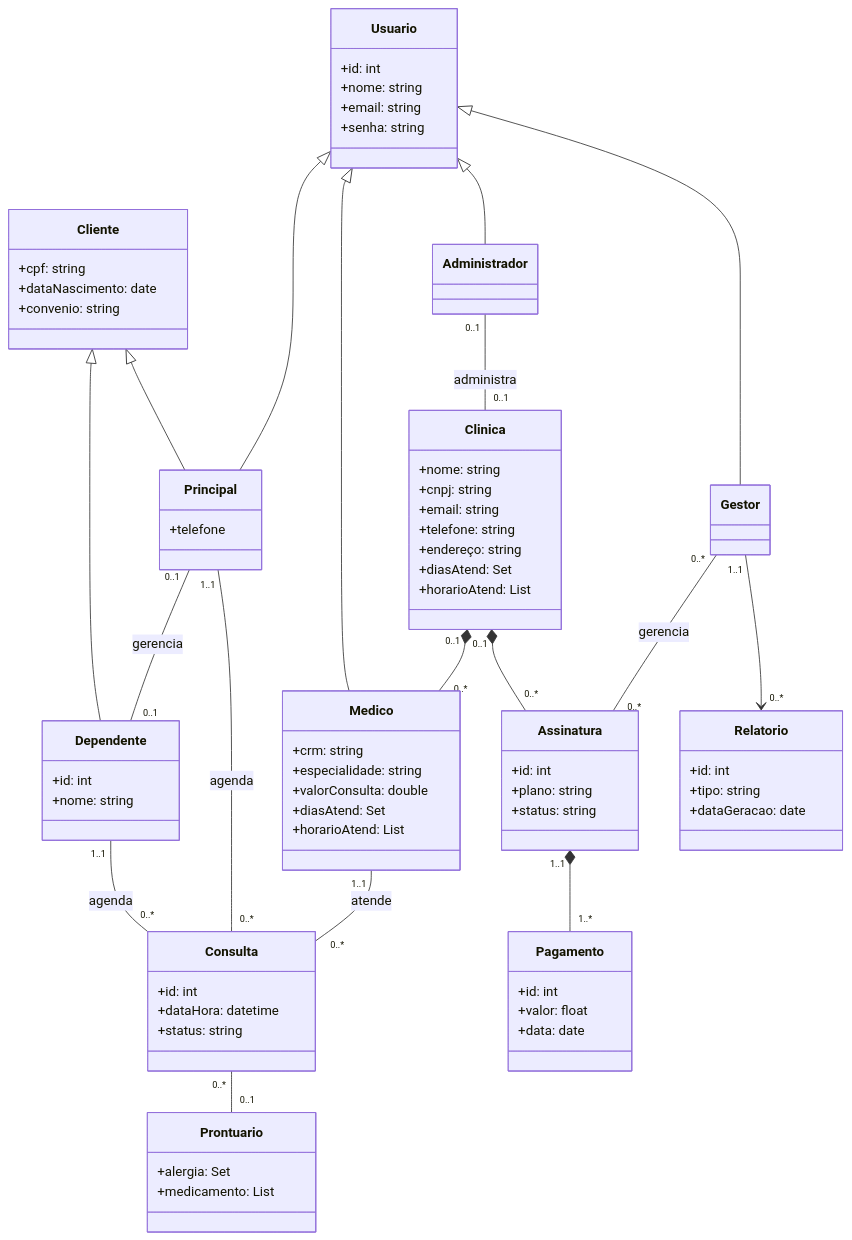
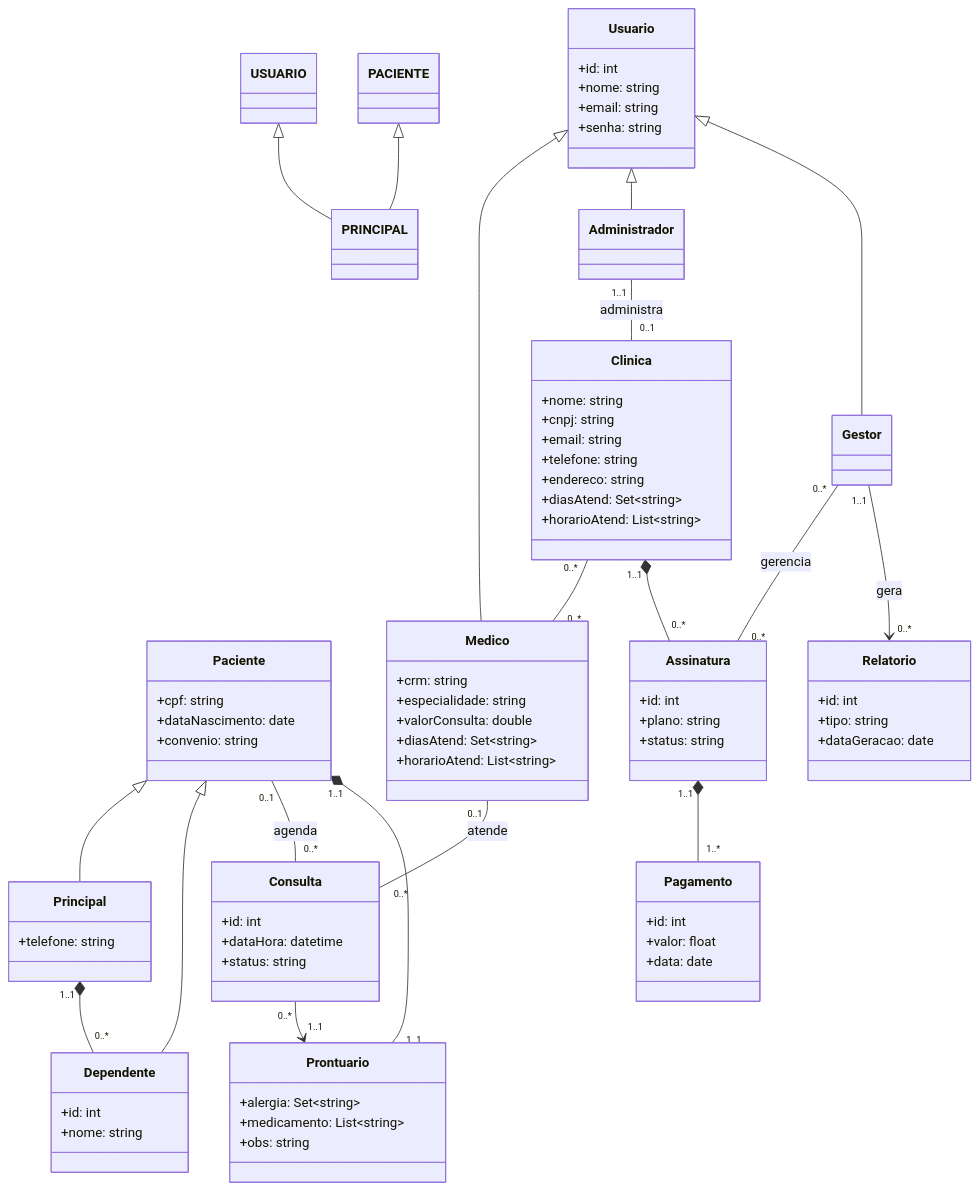
The diagram in docs/diagrama de classe.md (InsaneCaio/eng-soft-2026-1), drawn with Mermaid before and after one commit. The commit also changed other lines of this file, not shown here.

Commit message:
Update class diagram and fix formatting issues

````diff
--- a/docs/diagrama de classe.md
+++ b/docs/diagrama de classe.md
@@ -3,24 +2,19 @@
 ```mermaid
 classDiagram
 
-class Cliente {
-    +cpf: string
-    +dataNascimento: date
-    +convenio: string
-}
+class USUARIO
+class PACIENTE
+class PRINCIPAL
 
-class Dependente {
-    +id: int
-    +nome: string
-}
-
-Cliente <|-- Dependente
-Cliente <|-- Principal
+USUARIO <|-- PRINCIPAL
+PACIENTE <|-- PRINCIPAL
 
 
-%% =======================
-%% USUÁRIOS (HERANÇA)
-%% =======================
+
+
+%% ==================================================
+%% PESSOAS
+%% ==================================================
 
 class Usuario {
     +id: int
@@ -29,60 +23,56 @@
     +senha: string
 }
 
+class Paciente {
+    +cpf: string
+    +dataNascimento: date
+    +convenio: string
+}
+
+
+%% ==================================================
+%% USUÁRIOS
+%% ==================================================
+
 class Principal {
-    +telefone
+    +telefone: string
 }
 
 class Medico {
     +crm: string
     +especialidade: string
     +valorConsulta: double
-    +diasAtend: Set<string>
-    +horarioAtend: List<string>
+    +diasAtend: Set~string~
+    +horarioAtend: List~string~
 }
 
-class Administrador {
-}
+class Administrador
 
-class Gestor {
-}
+class Gestor
 
-Usuario <|-- Principal
 Usuario <|-- Medico
 Usuario <|-- Administrador
 Usuario <|-- Gestor
 
-%% =======================
-%% CLIENTE (HERANÇA)
-%% =======================
+%% ==================================================
+%% PACIENTES
+%% ==================================================
 
+class Paciente
 
-
-%% =======================
-%% RELAÇÃO PACIENTE - DEPENDENTE
-%% =======================
-
-Principal "0..1" -- "0..1" Dependente : gerencia
-
-class Clinica{
+class Dependente{
+    +id: int
     +nome: string
-    +cnpj: string
-    +email: string
-    +telefone: string
-    +endereço: string
-    +diasAtend: Set<string>
-    +horarioAtend: List<string>
 }
 
-Administrador "0..1" -- "0..1" Clinica : administra
-Gestor "0..*" -- "0..*" Assinatura : gerencia
-Clinica "0..1" *-- "0..*" Medico
-Clinica "0..1" *-- "0..*" Assinatura
+Paciente <|-- Principal
+Paciente <|-- Dependente
 
+Principal "1..1" *-- "0..*" Dependente
 
-%% =======================
-%% AGENDAMENTO
-%% =======================
+%% ==================================================
+%% ATENDIMENTO
+%% ==================================================
 
 class Consulta {
     +id: int
@@ -90,26 +80,41 @@
     +status: string
 }
 
-Principal "1..1" -- "0..*" Consulta : agenda
-Dependente "1..1" -- "0..*" Consulta : agenda
-Medico "1..1" -- "0..*" Consulta : atende
-
-%% =======================
-%% PRONTUÁRIO
-%% =======================
-
 class Prontuario {
-    +alergia: Set<string>
-    +medicamento: List<string>
+    +alergia: Set~string~
+    +medicamento: List~string~
+    +obs: string
 }
 
-Consulta "0..*" -- "0..1" Prontuario
+Paciente "0..1" -- "0..*" Consulta : agenda
 
+Medico "0..1" -- "0..*" Consulta : atende
 
+Paciente "1..1" *-- "1..1" Prontuario
 
-%% =======================
-%% ASSINATURA / FINANCEIRO
-%% =======================
+Consulta "0..*" --> "1..1" Prontuario
+
+%% ==================================================
+%% CLÍNICA
+%% ==================================================
+
+class Clinica {
+    +nome: string
+    +cnpj: string
+    +email: string
+    +telefone: string
+    +endereco: string
+    +diasAtend: Set~string~
+    +horarioAtend: List~string~
+}
+
+Administrador "1..1" -- "0..1" Clinica : administra
+
+Clinica "0..*" -- "0..*" Medico
+
+%% ==================================================
+%% FINANCEIRO
+%% ==================================================
 
 class Assinatura {
     +id: int
@@ -123,11 +128,15 @@
     +data: date
 }
 
+Clinica "1..1" *-- "0..*" Assinatura
+
 Assinatura "1..1" *-- "1..*" Pagamento
 
-%% =======================
+Gestor "0..*" -- "0..*" Assinatura : gerencia
+
+%% ==================================================
 %% RELATÓRIOS
-%% =======================
+%% ==================================================
 
 class Relatorio {
     +id: int
@@ -135,5 +144,5 @@
     +dataGeracao: date
 }
 
-Gestor "1..1" --> "0..*" Relatorio
+Gestor "1..1" --> "0..*" Relatorio : gera
 ```
````
